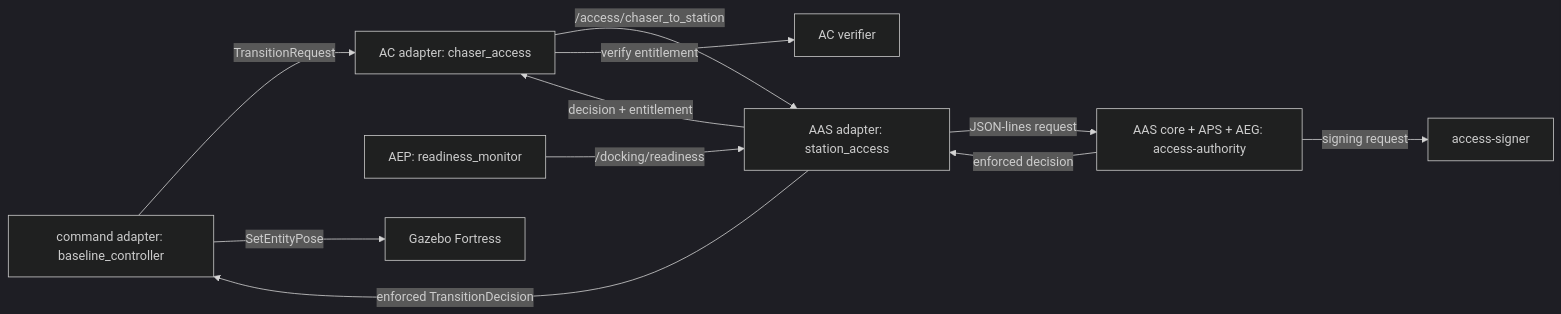
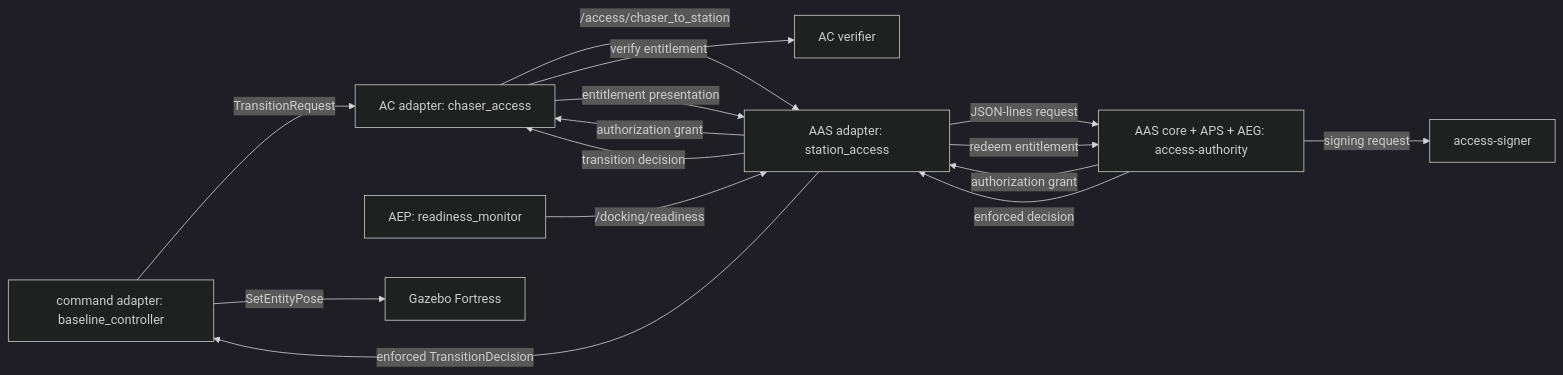
One commit to dboulet01/access changed the second of 2 diagrams in docs/architecture.md. Above: the diagram before and after it, drawn with Mermaid (dark theme). The commit also changed other lines of this file and 5 other files, not shown here.

Commit message:
docs(access): align client-held entitlement flow

````diff
--- a/docs/architecture.md
+++ b/docs/architecture.md
@@ -89,13 +92,17 @@
 ```mermaid
 flowchart LR
     CTRL[command adapter: baseline_controller] -->|TransitionRequest| CLIENT[AC adapter: chaser_access]
     CLIENT -->|/access/chaser_to_station| STATION[AAS adapter: station_access]
     READY[AEP: readiness_monitor] -->|/docking/readiness| STATION
     STATION -->|JSON-lines request| AUTH[AAS core + APS + AEG: access-authority]
     AUTH -->|signing request| SIGNER[access-signer]
+    AUTH -->|authorization grant| STATION
+    STATION -->|authorization grant| CLIENT
+    CLIENT -->|verify entitlement| VERIFY[AC verifier]
+    CLIENT -->|entitlement presentation| STATION
+    STATION -->|redeem entitlement| AUTH
     AUTH -->|enforced decision| STATION
-    STATION -->|decision + entitlement| CLIENT
-    CLIENT -->|verify entitlement| VERIFY[AC verifier]
+    STATION -->|transition decision| CLIENT
     STATION -->|enforced TransitionDecision| CTRL
     CTRL -->|SetEntityPose| GZ[Gazebo Fortress]
 ```
````
